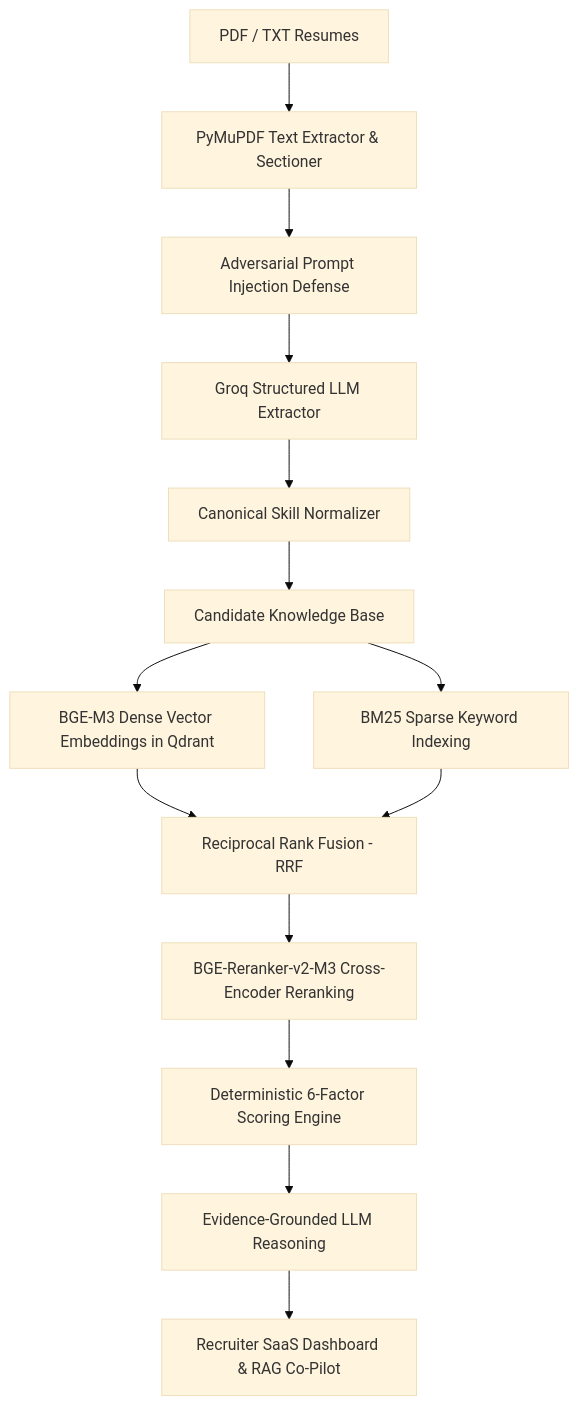
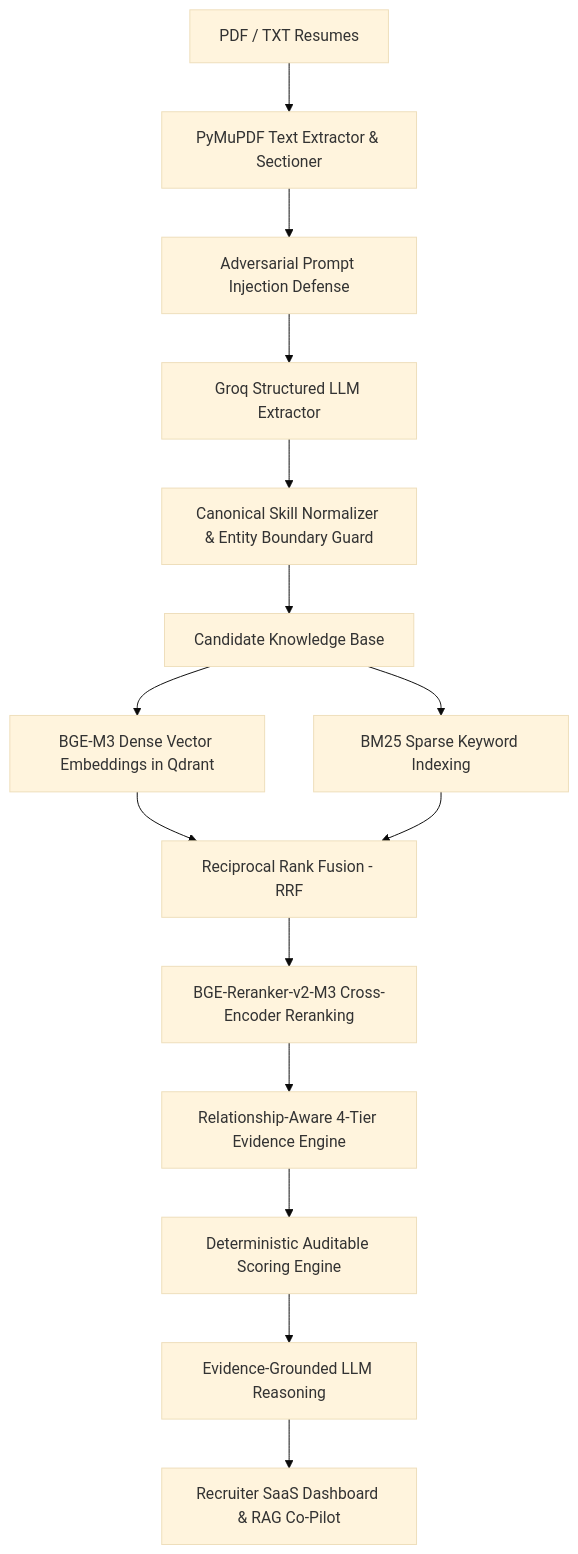
The diagram in README.md (CodingEnthus/RecruitIQ), drawn with Mermaid (base theme) before and after one commit. The commit also changed other lines of this file, not shown here.

Commit message:
docs: update README.md to reflect current features, 4-tier evidence hierarchy, auditable scoring, and regression test suite

````diff
--- a/README.md
+++ b/README.md
@@ -21,20 +22,21 @@
 ```mermaid
 graph TD
     A[PDF / TXT Resumes] --> B[PyMuPDF Text Extractor & Sectioner]
     B --> C[Adversarial Prompt Injection Defense]
     C --> D[Groq Structured LLM Extractor]
-    D --> E[Canonical Skill Normalizer]
+    D --> E[Canonical Skill Normalizer & Entity Boundary Guard]
     E --> F[Candidate Knowledge Base]
     
     F --> G[BGE-M3 Dense Vector Embeddings in Qdrant]
     F --> H[BM25 Sparse Keyword Indexing]
     
     G --> I[Reciprocal Rank Fusion - RRF]
     H --> I
     
     I --> J[BGE-Reranker-v2-M3 Cross-Encoder Reranking]
-    J --> K[Deterministic 6-Factor Scoring Engine]
+    J --> K[Relationship-Aware 4-Tier Evidence Engine]
+    K --> L[Deterministic Auditable Scoring Engine]
     
-    K --> L[Evidence-Grounded LLM Reasoning]
-    L --> M[Recruiter SaaS Dashboard & RAG Co-Pilot]
+    L --> M[Evidence-Grounded LLM Reasoning]
+    M --> N[Recruiter SaaS Dashboard & RAG Co-Pilot]
 ```
````
